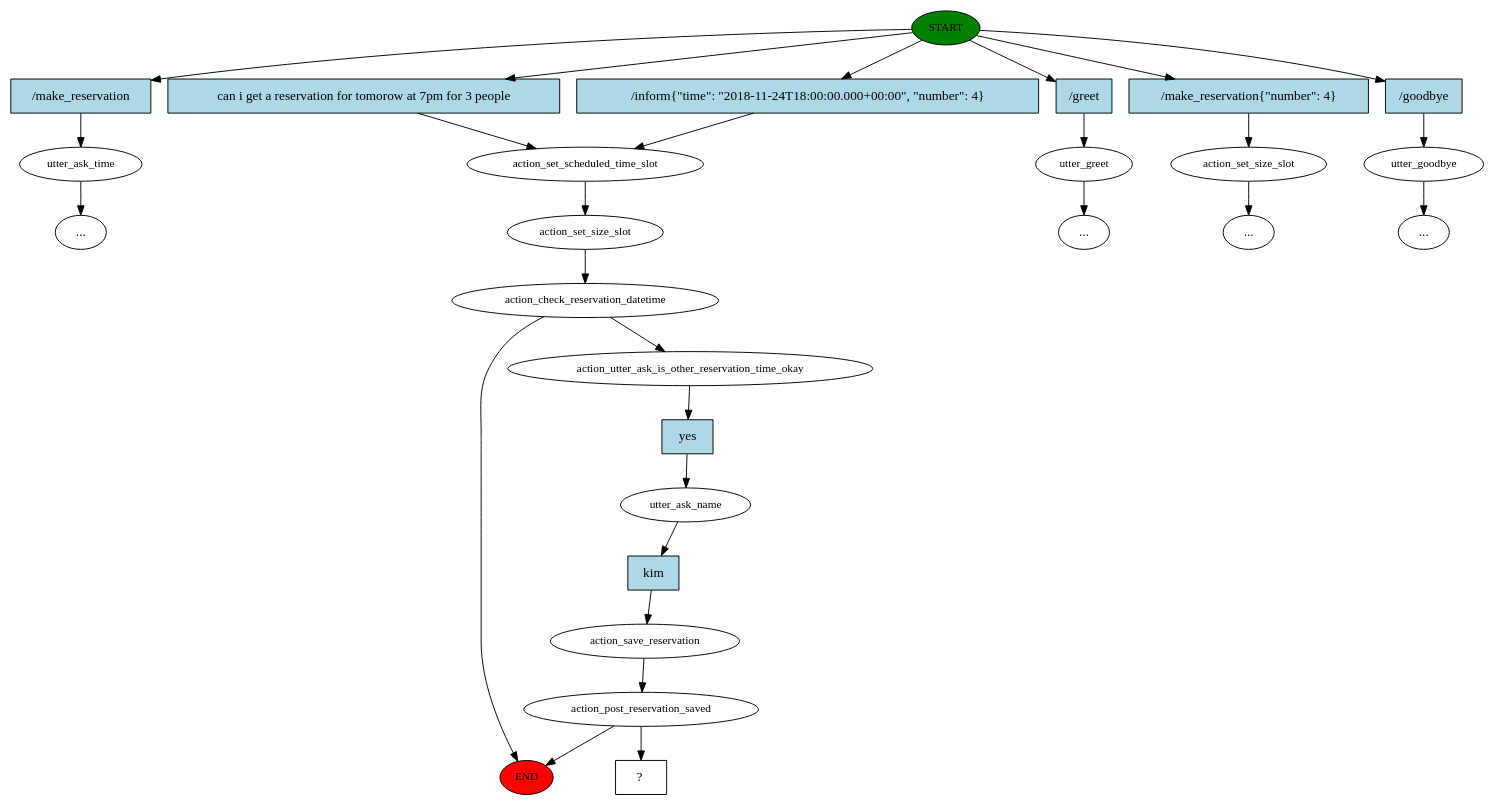
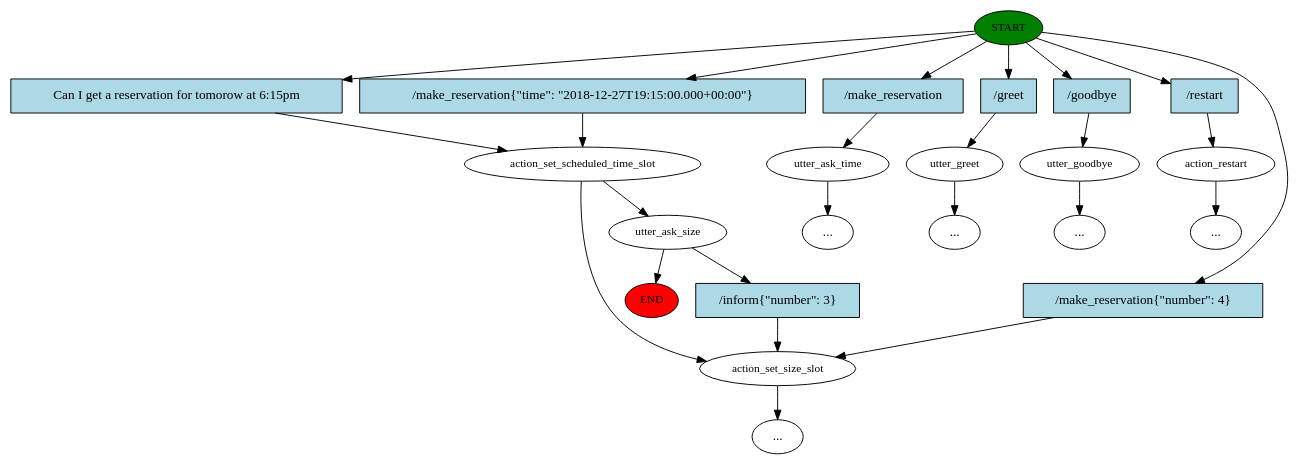
One commit to DylanRedfield/ocaptain changed the diagram in Textual/story_graph.dot. Above: the diagram before and after it, drawn with Graphviz. The commit also changed 21 other files, not shown here.

```diff
--- a/Textual/story_graph.dot
+++ b/Textual/story_graph.dot
@@ -1,55 +1,48 @@
 digraph  {
 0 [label=START, fillcolor=green, style=filled, fontsize=12, class="start active"];
 "-1" [label=END, fillcolor=red, style=filled, fontsize=12, class=end];
-1 [label=utter_ask_time, fontsize=12, class=""];
-2 [label=action_set_scheduled_time_slot, fontsize=12, class=active];
-3 [label=action_set_size_slot, fontsize=12, class=active];
-4 [label=action_check_reservation_datetime, fontsize=12, class=active];
-5 [label=action_utter_ask_is_other_reservation_time_okay, fontsize=12, class=active];
-6 [label=utter_ask_name, fontsize=12, class=active];
-7 [label=action_save_reservation, fontsize=12, class=active];
-8 [label=action_post_reservation_saved, fontsize=12, class=active];
-16 [label=utter_greet, fontsize=12, class=""];
-"-5" [label="...", class=ellipsis];
-21 [label=action_set_size_slot, fontsize=12, class=""];
-"-6" [label="...", class=ellipsis];
-22 [label=utter_goodbye, fontsize=12, class=""];
+1 [label=action_set_scheduled_time_slot, fontsize=12, class=active];
+2 [label=action_set_size_slot, fontsize=12, class=""];
+4 [label=utter_ask_size, fontsize=12, class="active dashed"];
+5 [label=utter_ask_time, fontsize=12, class=""];
+6 [label=utter_greet, fontsize=12, class=""];
+9 [label=utter_goodbye, fontsize=12, class=""];
 "-7" [label="...", class=ellipsis];
-"-8" [label="...", class=ellipsis];
-31 [label="  ?  ", shape=rect, class="intent dashed active"];
-32 [label="/make_reservation", shape=rect, style=filled, fillcolor=lightblue, class=intent];
-33 [label="can i get a reservation for tomorow at 7pm for 3 people", shape=rect, style=filled, fillcolor=lightblue, class="intent active"];
-34 [label="/inform{\"time\": \"2018-11-24T18:00:00.000+00:00\", \"number\": 4}", shape=rect, style=filled, fillcolor=lightblue, class=intent];
-35 [label="/greet", shape=rect, style=filled, fillcolor=lightblue, class=intent];
-36 [label="/make_reservation{\"number\": 4}", shape=rect, style=filled, fillcolor=lightblue, class=intent];
-37 [label="/goodbye", shape=rect, style=filled, fillcolor=lightblue, class=intent];
-38 [label=yes, shape=rect, style=filled, fillcolor=lightblue, class="intent active"];
-39 [label=kim, shape=rect, style=filled, fillcolor=lightblue, class="intent active"];
+"-9" [label="...", class=ellipsis];
+13 [label=action_restart, fontsize=12, class=""];
+"-10" [label="...", class=ellipsis];
+"-13" [label="...", class=ellipsis];
+"-15" [label="...", class=ellipsis];
+26 [label="Can I get a reservation for tomorow at 6:15pm", shape=rect, style=filled, fillcolor=lightblue, class="intent active"];
+27 [label="/make_reservation{\"time\": \"2018-12-27T19:15:00.000+00:00\"}", shape=rect, style=filled, fillcolor=lightblue, class=intent];
+28 [label="/make_reservation", shape=rect, style=filled, fillcolor=lightblue, class=intent];
+29 [label="/greet", shape=rect, style=filled, fillcolor=lightblue, class=intent];
+30 [label="/goodbye", shape=rect, style=filled, fillcolor=lightblue, class=intent];
+31 [label="/restart", shape=rect, style=filled, fillcolor=lightblue, class=intent];
+32 [label="/make_reservation{\"number\": 4}", shape=rect, style=filled, fillcolor=lightblue, class=intent];
+33 [label="/inform{\"number\": 3}", shape=rect, style=filled, fillcolor=lightblue, class=intent];
+0 -> 26  [key=0, class=active];
+0 -> 27  [key=0, class=""];
+0 -> 28  [key=0, class=""];
+0 -> 29  [key=0, class=""];
+0 -> 30  [key=0, class=""];
+0 -> 31  [key=0, class=""];
 0 -> 32  [key=0, class=""];
-0 -> 33  [key=0, class=active];
-0 -> 34  [key=0, class=""];
-0 -> 35  [key=0, class=""];
-0 -> 36  [key=0, class=""];
-0 -> 37  [key=0, class=""];
-1 -> "-8"  [key=NONE, label="", class=""];
-2 -> 3  [key=NONE, label="", class=active];
-3 -> 4  [key=NONE, label="", class=active];
-4 -> 5  [key=NONE, label="", class=active];
+1 -> 2  [key=NONE, label="", class=""];
+1 -> 4  [key=NONE, label="", class=active];
+2 -> "-15"  [key=NONE, label="", class=""];
 4 -> "-1"  [key=NONE, label="", class=""];
-5 -> 38  [key=0, class=active];
-6 -> 39  [key=0, class=active];
-7 -> 8  [key=NONE, label="", class=active];
-8 -> "-1"  [key=NONE, label="", class=""];
-8 -> 31  [key=NONE, label="", class=active];
-16 -> "-5"  [key=NONE, label="", class=""];
-21 -> "-6"  [key=NONE, label="", class=""];
-22 -> "-7"  [key=NONE, label="", class=""];
-32 -> 1  [key=0, class=""];
-33 -> 2  [key=0, class=active];
-34 -> 2  [key=0, class=""];
-35 -> 16  [key=0, class=""];
-36 -> 21  [key=0, class=""];
-37 -> 22  [key=0, class=""];
-38 -> 6  [key=0, class=active];
-39 -> 7  [key=0, class=active];
+4 -> 33  [key=0, class=""];
+5 -> "-13"  [key=NONE, label="", class=""];
+6 -> "-9"  [key=NONE, label="", class=""];
+9 -> "-7"  [key=NONE, label="", class=""];
+13 -> "-10"  [key=NONE, label="", class=""];
+26 -> 1  [key=0, class=active];
+27 -> 1  [key=0, class=""];
+28 -> 5  [key=0, class=""];
+29 -> 6  [key=0, class=""];
+30 -> 9  [key=0, class=""];
+31 -> 13  [key=0, class=""];
+32 -> 2  [key=0, class=""];
+33 -> 2  [key=0, class=""];
 }
```
